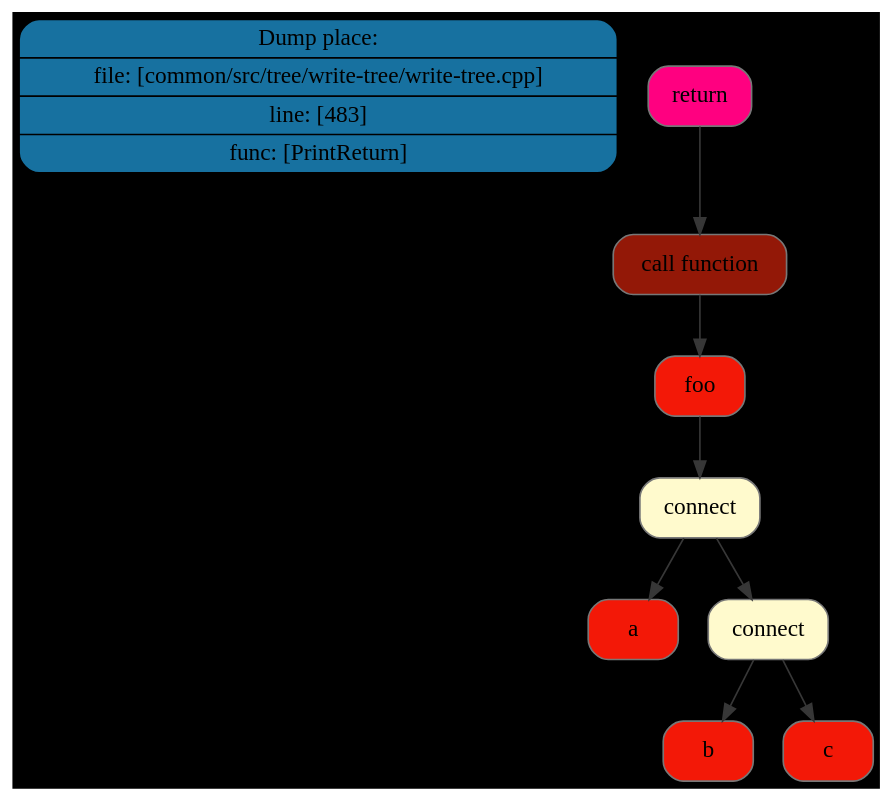
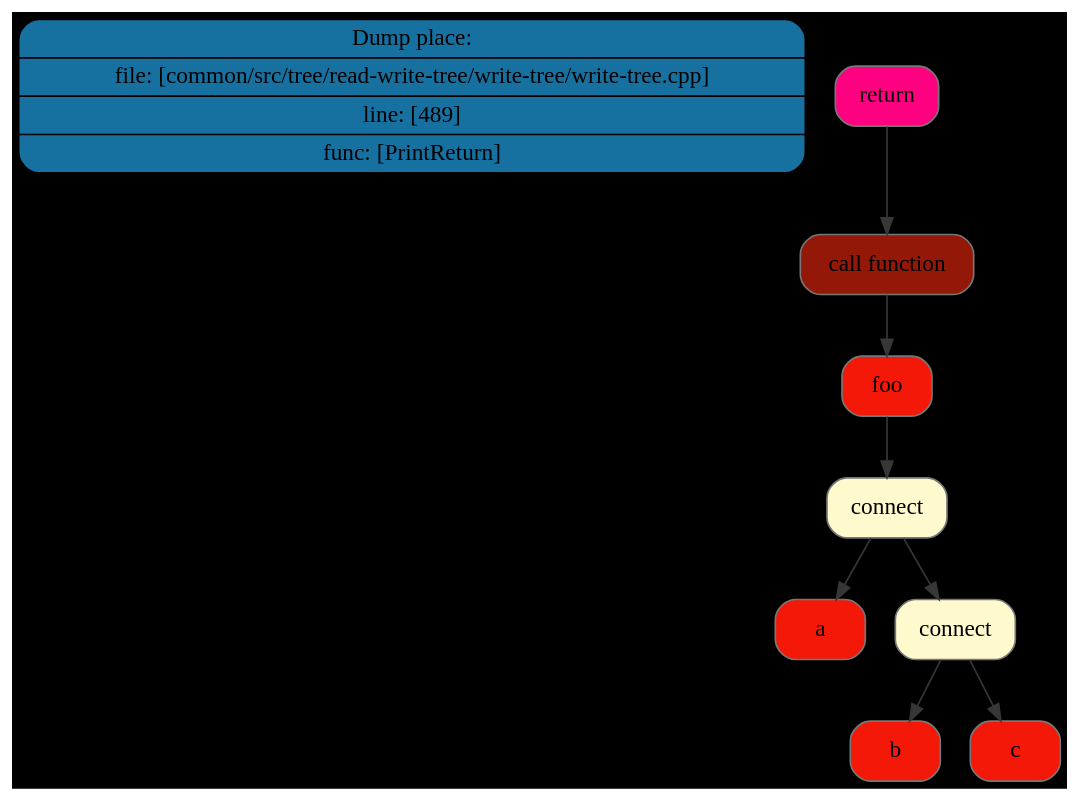
Before and after one commit to Maksim-Sebelev/Language: the diagram in dot/node/dot/node1.dot, drawn with Graphviz. The commit also changed 29 other files, not shown here.

```diff
--- a/dot/node/dot/node1.dot
+++ b/dot/node/dot/node1.dot
@@ -1,21 +1,21 @@
 digraph G{
 rankdir=TB
 graph [bgcolor="#000000"];
-place[shape=Mrecord, style=filled, fillcolor="#1771a0", pos="0,1!",label = " { Dump place: | file: [common/src/tree/write-tree/write-tree.cpp] | line: [483] | func: [PrintReturn] } "color = "#000000"];
+place[shape=Mrecord, style=filled, fillcolor="#1771a0", pos="0,1!",label = " { Dump place: | file: [common/src/tree/read-write-tree/write-tree/write-tree.cpp] | line: [489] | func: [PrintReturn] } "color = "#000000"];
 node0x507000000870[shape=Mrecord, style=filled, fillcolor="#FF0080"label = "return", color = "#777777"];
 node0x507000000800[shape=Mrecord, style=filled, fillcolor="#931807"label = "call function", color = "#777777"];
 node0x507000000560[shape=Mrecord, style=filled, fillcolor="#f31807"label = "foo", color = "#777777"];
 node0x507000000790[shape=Mrecord, style=filled, fillcolor="#FFFACD"label = "connect", color = "#777777"];
 node0x5070000005d0[shape=Mrecord, style=filled, fillcolor="#f31807"label = "a", color = "#777777"];
 node0x507000000720[shape=Mrecord, style=filled, fillcolor="#FFFACD"label = "connect", color = "#777777"];
 node0x507000000640[shape=Mrecord, style=filled, fillcolor="#f31807"label = "b", color = "#777777"];
 node0x5070000006b0[shape=Mrecord, style=filled, fillcolor="#f31807"label = "c", color = "#777777"];
 edge[color="#373737"];
 node0x507000000870->node0x507000000800;
 node0x507000000800->node0x507000000560;
 node0x507000000560->node0x507000000790;
 node0x507000000790->node0x5070000005d0;
 node0x507000000790->node0x507000000720;
 node0x507000000720->node0x507000000640;
 node0x507000000720->node0x5070000006b0;
 }
```
